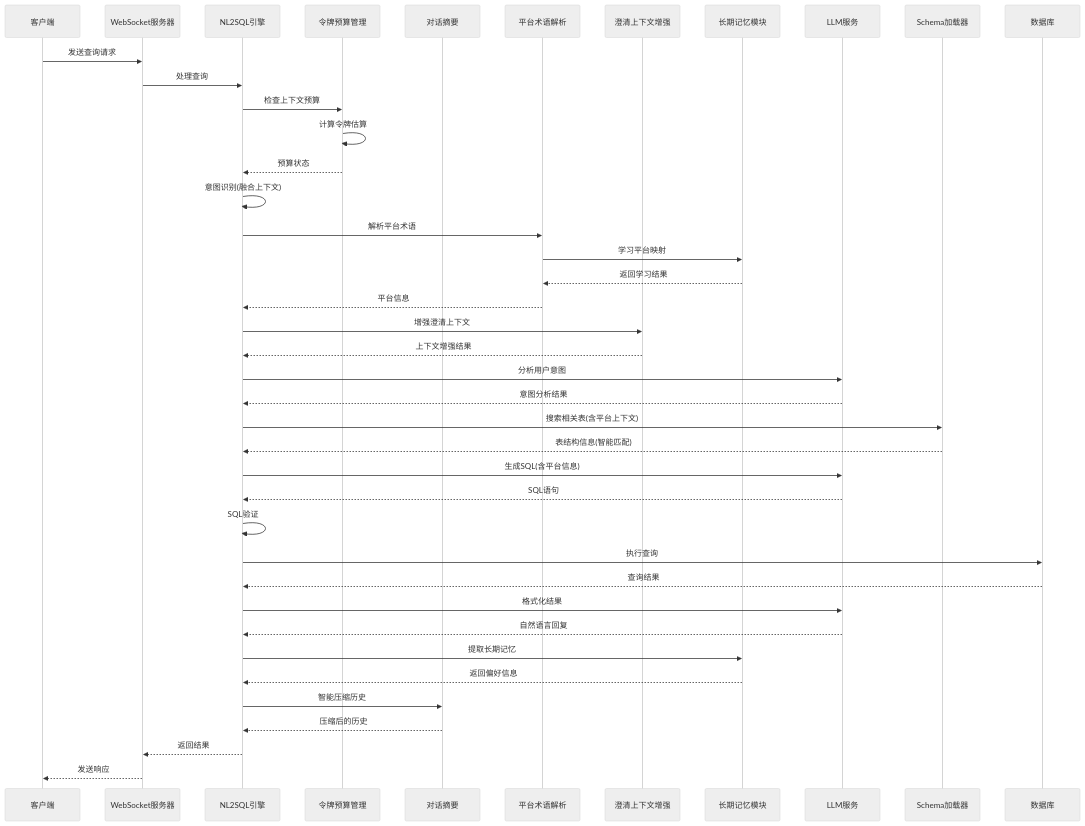
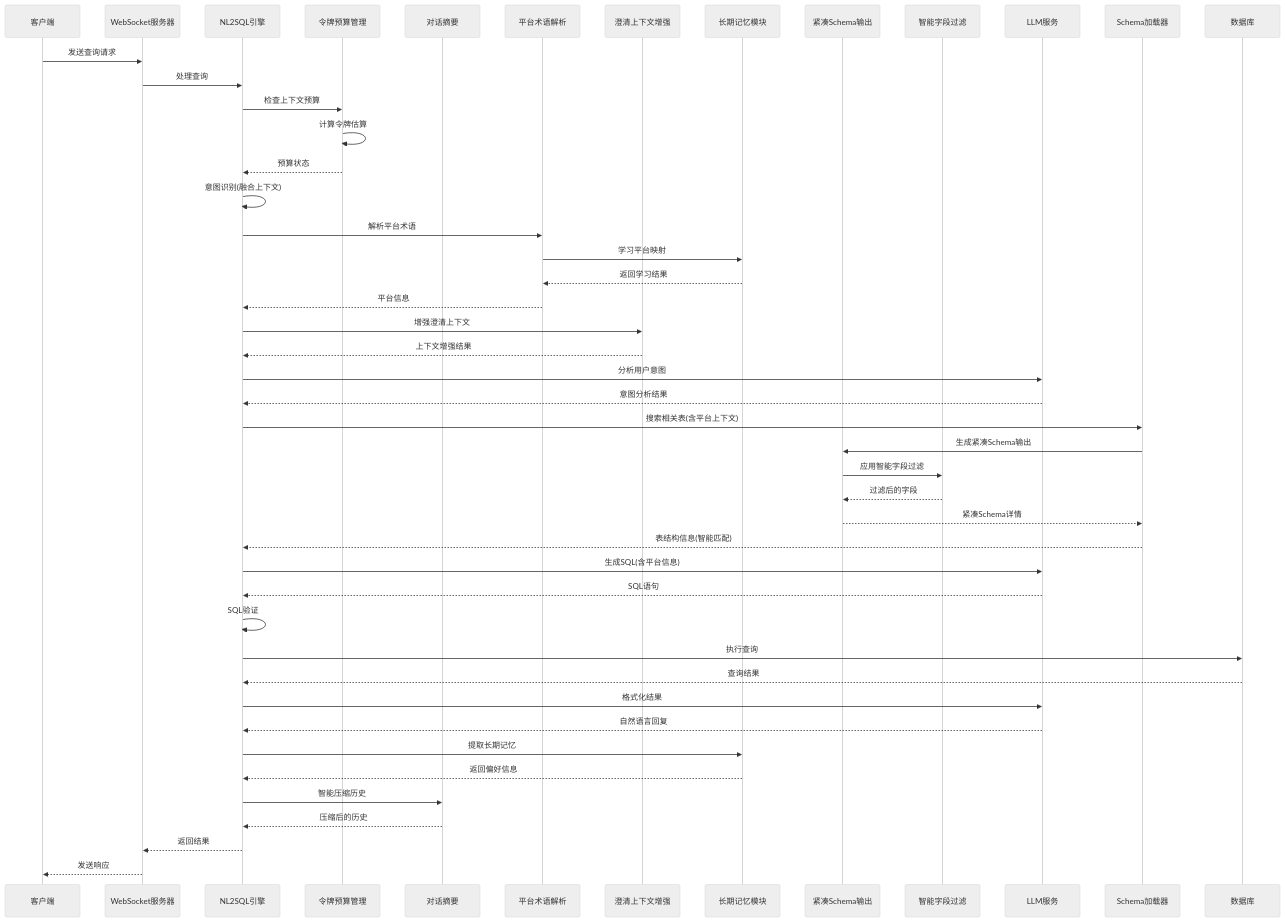
The third of 24 diagrams in .qoder/repowiki/zh/content/核心模块详解/NL2SQL自然语言到SQL系统/NL2SQL自然语言到SQL系统.md (HanHuiOnLine/724-office), drawn with Mermaid (neutral theme) before and after one commit. The commit also changed other lines of this file and 15 other files, not shown here.

````diff
--- a/.qoder/repowiki/zh/content/核心模块详解/NL2SQL自然语言到SQL系统/NL2SQL自然语言到SQL系统.md
+++ b/.qoder/repowiki/zh/content/核心模块详解/NL2SQL自然语言到SQL系统/NL2SQL自然语言到SQL系统.md
@@ -322,43 +342,49 @@
 ```mermaid
 sequenceDiagram
 participant Client as 客户端
 participant WS as WebSocket服务器
 participant Engine as NL2SQL引擎
 participant Budget as 令牌预算管理
 participant Summarize as 对话摘要
 participant Platform as 平台术语解析
 participant Context as 澄清上下文增强
 participant Memory as 长期记忆模块
+participant CompactSchema as 紧凑Schema输出
+participant FieldFilter as 智能字段过滤
 participant LLM as LLM服务
 participant Schema as Schema加载器
 participant DB as 数据库
 Client->>WS : 发送查询请求
 WS->>Engine : 处理查询
 Engine->>Budget : 检查上下文预算
 Budget->>Budget : 计算令牌估算
 Budget-->>Engine : 预算状态
 Engine->>Engine : 意图识别(融合上下文)
 Engine->>Platform : 解析平台术语
 Platform->>Memory : 学习平台映射
 Memory-->>Platform : 返回学习结果
 Platform-->>Engine : 平台信息
 Engine->>Context : 增强澄清上下文
 Context-->>Engine : 上下文增强结果
 Engine->>LLM : 分析用户意图
 LLM-->>Engine : 意图分析结果
 Engine->>Schema : 搜索相关表(含平台上下文)
+Schema->>CompactSchema : 生成紧凑Schema输出
+CompactSchema->>FieldFilter : 应用智能字段过滤
+FieldFilter-->>CompactSchema : 过滤后的字段
+CompactSchema-->>Schema : 紧凑Schema详情
 Schema-->>Engine : 表结构信息(智能匹配)
 Engine->>LLM : 生成SQL(含平台信息)
 LLM-->>Engine : SQL语句
 Engine->>Engine : SQL验证
 Engine->>DB : 执行查询
 DB-->>Engine : 查询结果
 Engine->>LLM : 格式化结果
 LLM-->>Engine : 自然语言回复
 Engine->>Memory : 提取长期记忆
 Memory-->>Engine : 返回偏好信息
 Engine->>Summarize : 智能压缩历史
 Summarize-->>Engine : 压缩后的历史
 Engine-->>WS : 返回结果
 WS-->>Client : 发送响应
 ```
````
